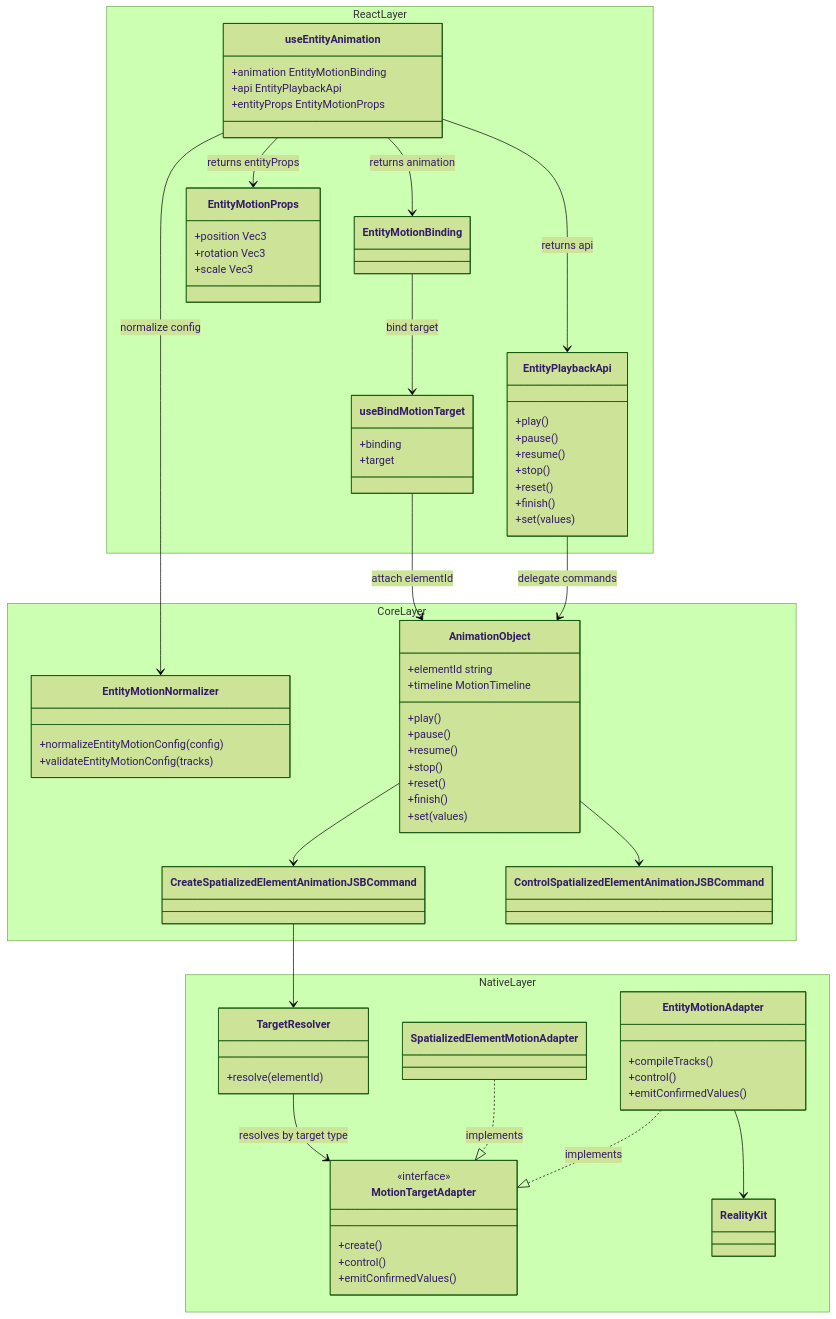
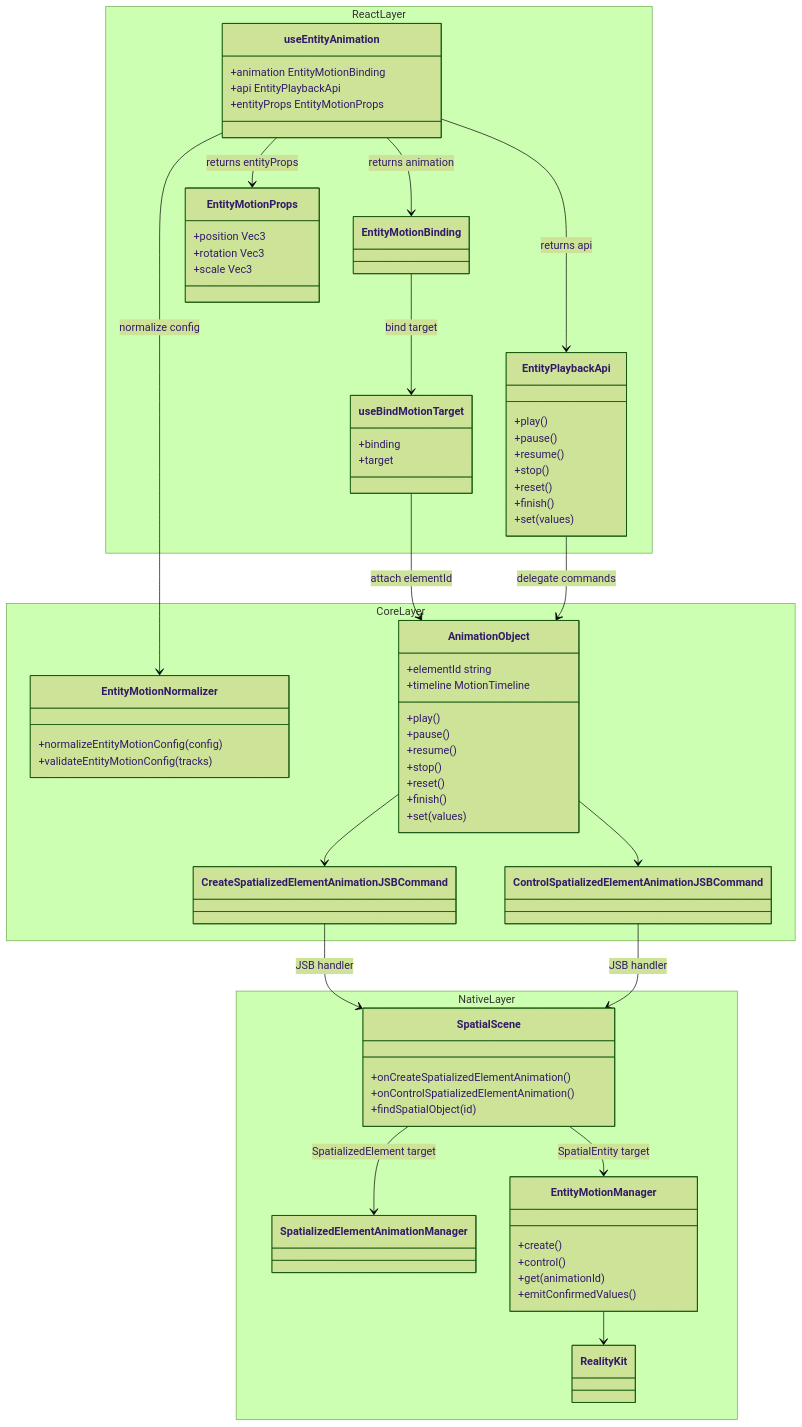
The sixth of 8 diagrams in openspec/changes/redesign-entity-motion-api/design.md (webspatial/webspatial-sdk), drawn with Mermaid (forest theme) before and after one commit. The commit also changed other lines of this file and 3 other files, not shown here.

Commit message:
detail native arch diagram

````diff
--- a/openspec/changes/redesign-entity-motion-api/design.md
+++ b/openspec/changes/redesign-entity-motion-api/design.md
@@ -544,80 +536,77 @@
 ```mermaid
 classDiagram
     namespace ReactLayer {
         class useEntityAnimation {
             +animation EntityMotionBinding
             +api EntityPlaybackApi
             +entityProps EntityMotionProps
         }
         class EntityPlaybackApi {
             +play()
             +pause()
             +resume()
             +stop()
             +reset()
             +finish()
             +set(values)
         }
         class EntityMotionBinding
         class EntityMotionProps {
             +position Vec3
             +rotation Vec3
             +scale Vec3
         }
         class useBindMotionTarget {
             +binding
             +target
         }
     }
     namespace CoreLayer {
         class EntityMotionNormalizer {
             +normalizeEntityMotionConfig(config)
             +validateEntityMotionConfig(tracks)
         }
         class AnimationObject {
             +elementId string
             +timeline MotionTimeline
             +play()
             +pause()
             +resume()
             +stop()
             +reset()
             +finish()
             +set(values)
         }
         class CreateSpatializedElementAnimationJSBCommand
         class ControlSpatializedElementAnimationJSBCommand
     }
     namespace NativeLayer {
-        class TargetResolver {
-            +resolve(elementId)
+        class SpatialScene {
+            +onCreateSpatializedElementAnimation()
+            +onControlSpatializedElementAnimation()
+            +findSpatialObject(id)
         }
-        class MotionTargetAdapter {
-            <<interface>>
+        class SpatializedElementAnimationManager
+        class EntityMotionManager {
             +create()
             +control()
-            +emitConfirmedValues()
-        }
-        class SpatializedElementMotionAdapter
-        class EntityMotionAdapter {
-            +compileTracks()
-            +control()
+            +get(animationId)
             +emitConfirmedValues()
         }
         class RealityKit
     }
     useEntityAnimation --> EntityMotionBinding : returns animation
     useEntityAnimation --> EntityPlaybackApi : returns api
     useEntityAnimation --> EntityMotionProps : returns entityProps
     useEntityAnimation --> EntityMotionNormalizer : normalize config
     EntityMotionBinding --> useBindMotionTarget : bind target
     useBindMotionTarget --> AnimationObject : attach elementId
     EntityPlaybackApi --> AnimationObject : delegate commands
     AnimationObject --> CreateSpatializedElementAnimationJSBCommand
     AnimationObject --> ControlSpatializedElementAnimationJSBCommand
-    CreateSpatializedElementAnimationJSBCommand --> TargetResolver
-    TargetResolver --> MotionTargetAdapter : resolves by target type
-    SpatializedElementMotionAdapter ..|> MotionTargetAdapter : implements
-    EntityMotionAdapter ..|> MotionTargetAdapter : implements
-    EntityMotionAdapter --> RealityKit
+    CreateSpatializedElementAnimationJSBCommand --> SpatialScene : JSB handler
+    ControlSpatializedElementAnimationJSBCommand --> SpatialScene : JSB handler
+    SpatialScene --> SpatializedElementAnimationManager : SpatializedElement target
+    SpatialScene --> EntityMotionManager : SpatialEntity target
+    EntityMotionManager --> RealityKit
 ```
````
